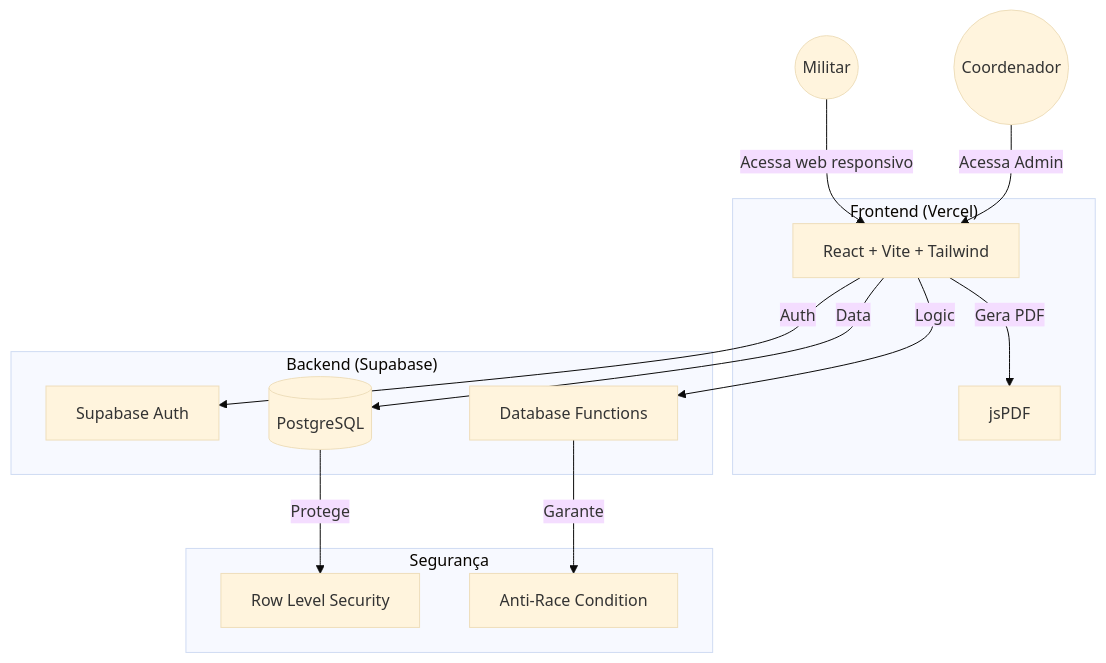
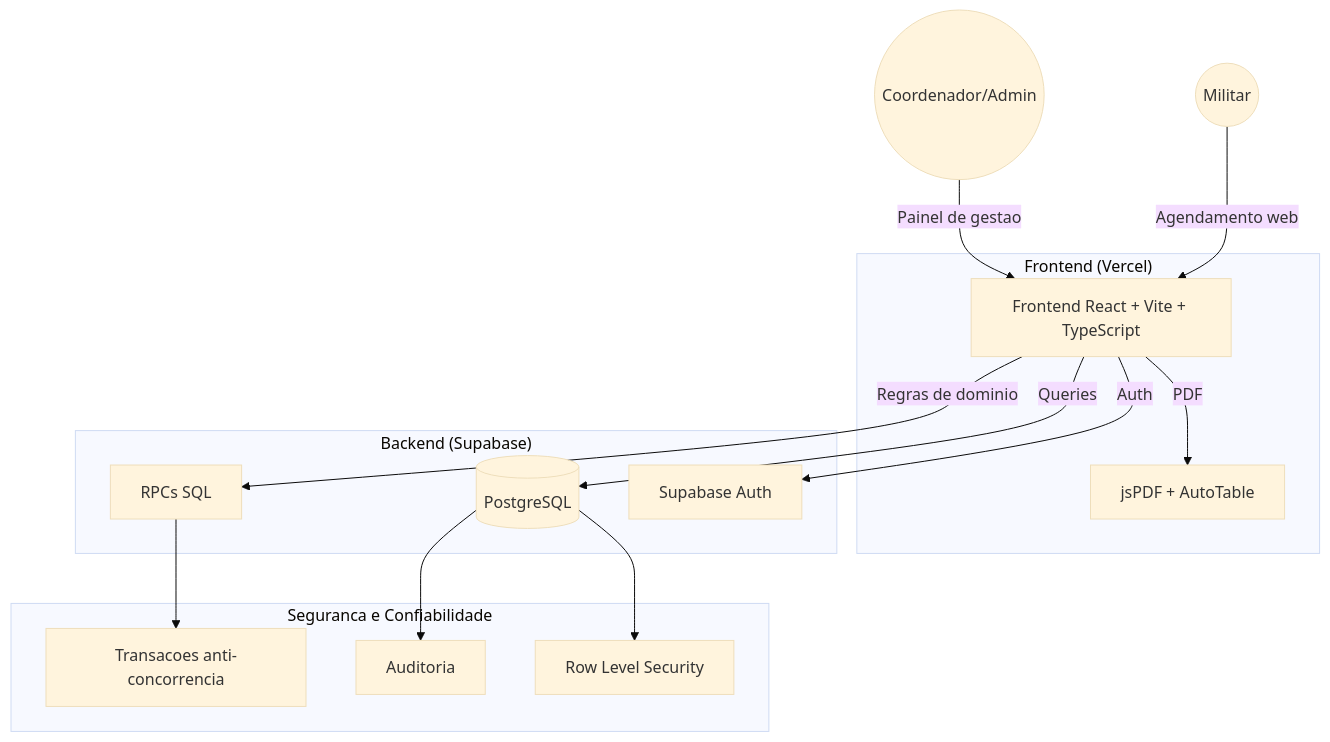
Before and after one commit to WellingtonADS/TACF-Digital: the first of 4 diagrams in docs/PLANEJAMENTO.md, drawn with Mermaid (base theme). The commit also changed other lines of this file and 90 other files, not shown here.

````diff
--- a/docs/PLANEJAMENTO.md
+++ b/docs/PLANEJAMENTO.md
@@ -21,20 +43,21 @@
 ```mermaid
 graph TD
-    User((Militar)) -->|Acessa web responsivo| Front[React + Vite + Tailwind]
-    Admin((Coordenador)) -->|Acessa Admin| Front
+    Militar((Militar)) -->|Agendamento web| Front[Frontend React + Vite + TypeScript]
+    Coord((Coordenador/Admin)) -->|Painel de gestao| Front
 
     subgraph "Frontend (Vercel)"
-        Front -->|Gera PDF| PDFLib[jsPDF]
+        Front -->|PDF| PDF[jsPDF + AutoTable]
     end
 
     subgraph "Backend (Supabase)"
         Front -->|Auth| Auth[Supabase Auth]
-        Front -->|Data| DB[(PostgreSQL)]
-        Front -->|Logic| RPC[Database Functions]
+        Front -->|Queries| DB[(PostgreSQL)]
+        Front -->|Regras de dominio| RPC[RPCs SQL]
     end
 
-    subgraph "Segurança"
-        DB -->|Protege| RLS[Row Level Security]
-        RPC -->|Garante| Transaction[Anti-Race Condition]
+    subgraph "Seguranca e Confiabilidade"
+        DB --> RLS[Row Level Security]
+        RPC --> TX[Transacoes anti-concorrencia]
+        DB --> AUD[Auditoria]
     end
 ```
````
